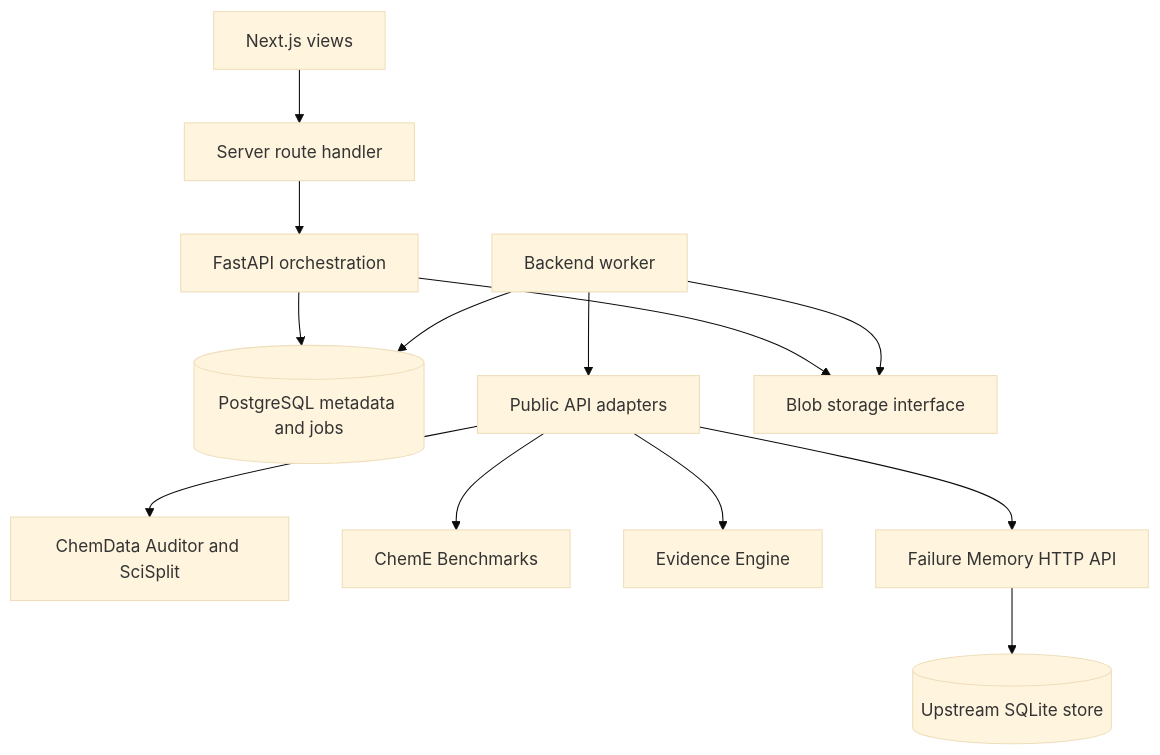
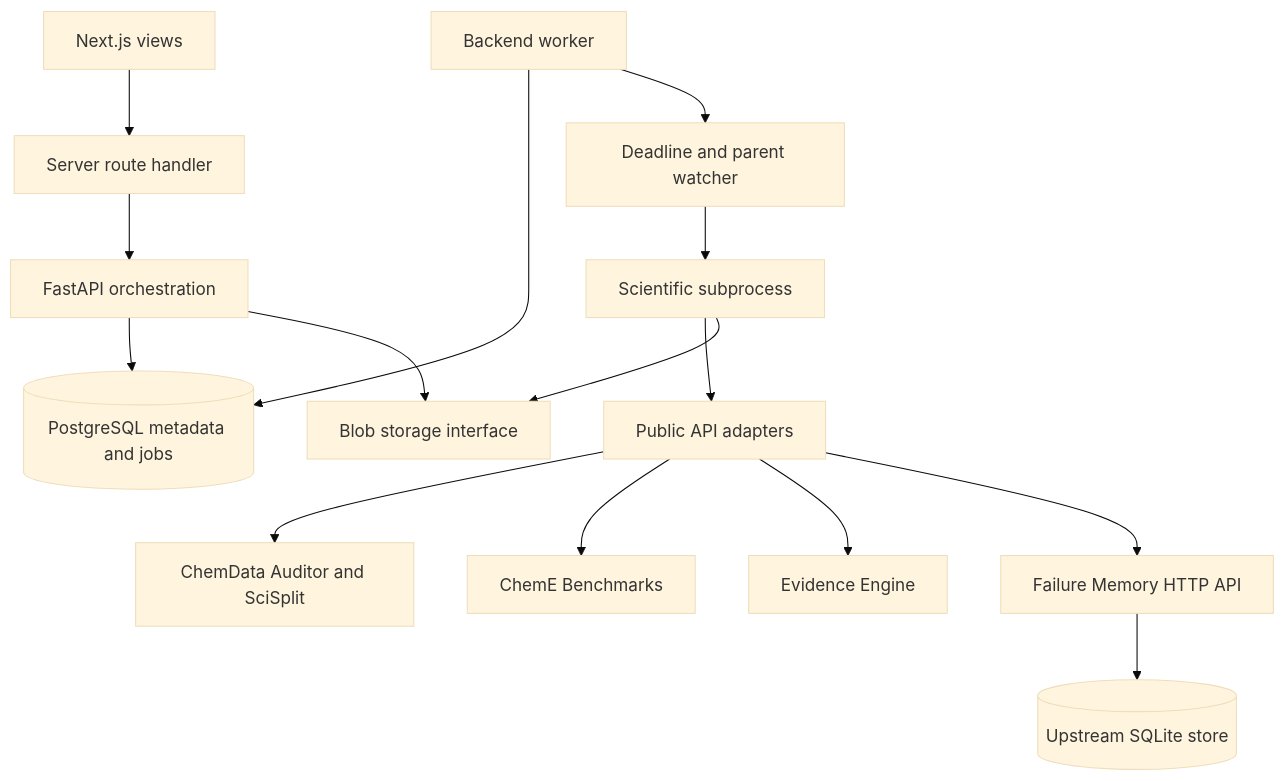
One commit to yukevindai/sciml-workbench changed the diagram in docs/architecture.md. Above: the diagram before and after it, drawn with Mermaid (base theme). The commit also changed other lines of this file and 39 other files, not shown here.

````diff
--- a/docs/architecture.md
+++ b/docs/architecture.md
@@ -3,15 +3,17 @@
 ```mermaid
 flowchart TD
   UI[Next.js views] --> Proxy[Server route handler]
   Proxy --> API[FastAPI orchestration]
   API --> PG[(PostgreSQL metadata and jobs)]
   Worker[Backend worker] --> PG
-  Worker --> Adapters[Public API adapters]
+  Worker --> Guardian[Deadline and parent watcher]
+  Guardian --> Task[Scientific subprocess]
+  Task --> Adapters[Public API adapters]
   Adapters --> Audit[ChemData Auditor and SciSplit]
   Adapters --> Bench[ChemE Benchmarks]
   Adapters --> Evidence[Evidence Engine]
   Adapters --> EFM[Failure Memory HTTP API]
   EFM --> SQLite[(Upstream SQLite store)]
   API --> Files[Blob storage interface]
-  Worker --> Files
+  Task --> Files
 ```
````
